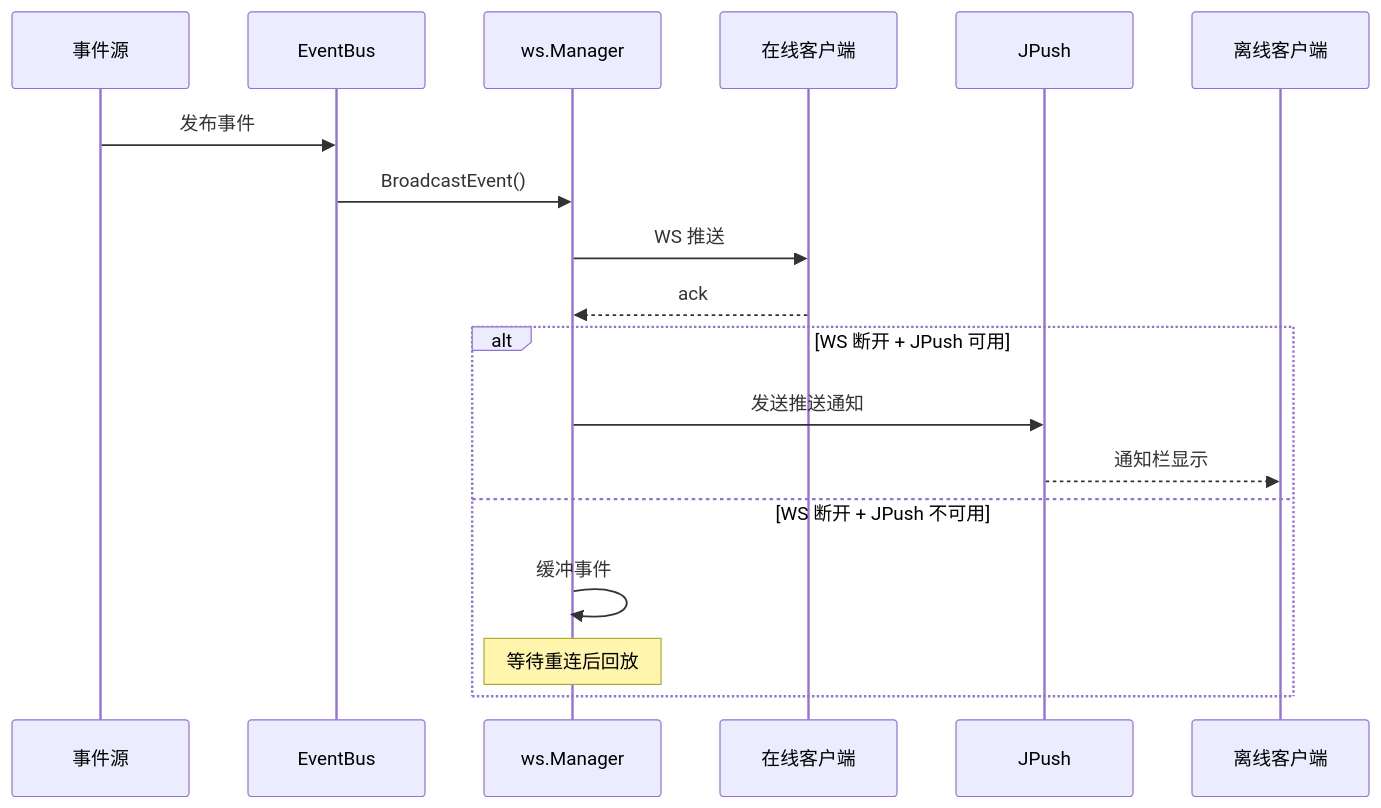
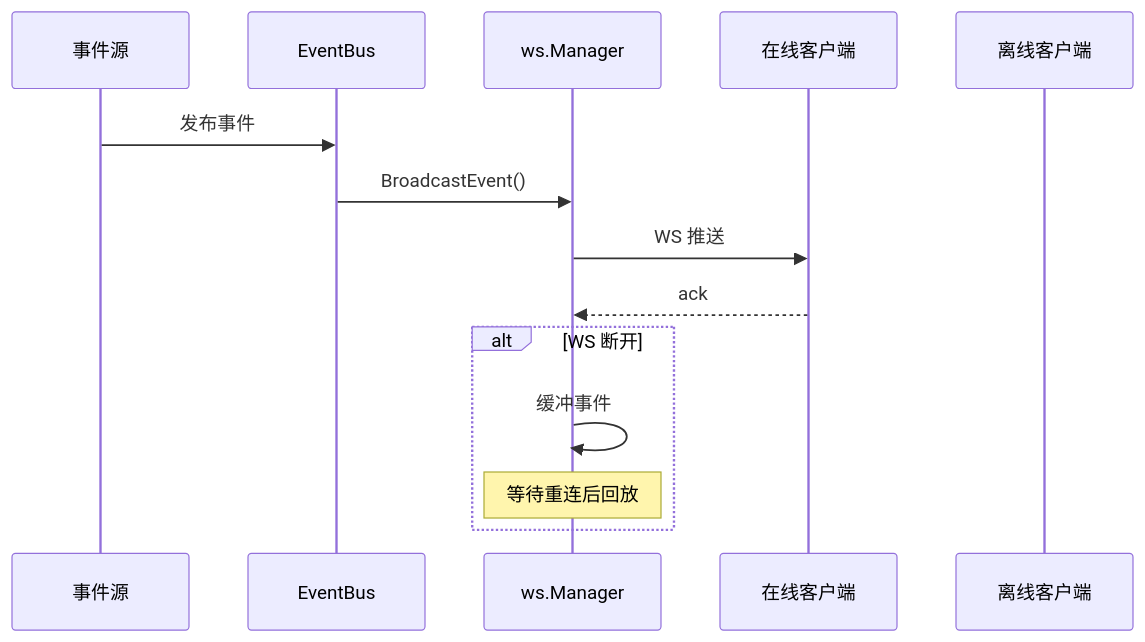
Before and after one commit to ql-isaac/clawbench: the first of 2 diagrams in docs/spec/infra/event-system.md, drawn with Mermaid. The commit also changed other lines of this file and 281 other files, not shown here.

````diff
--- a/docs/spec/infra/event-system.md
+++ b/docs/spec/infra/event-system.md
@@ -9,21 +9,17 @@
 ```mermaid
 sequenceDiagram
     participant 事件源
     participant EventBus
     participant ws.Manager
     participant 在线客户端
-    participant JPush
     participant 离线客户端
 
     事件源->>EventBus: 发布事件
     EventBus->>ws.Manager: BroadcastEvent()
     ws.Manager->>在线客户端: WS 推送
     在线客户端-->>ws.Manager: ack
-    alt WS 断开 + JPush 可用
-        ws.Manager->>JPush: 发送推送通知
-        JPush-->>离线客户端: 通知栏显示
-    else WS 断开 + JPush 不可用
+    alt WS 断开
         ws.Manager->>ws.Manager: 缓冲事件
         Note over ws.Manager: 等待重连后回放
     end
 ```
````
